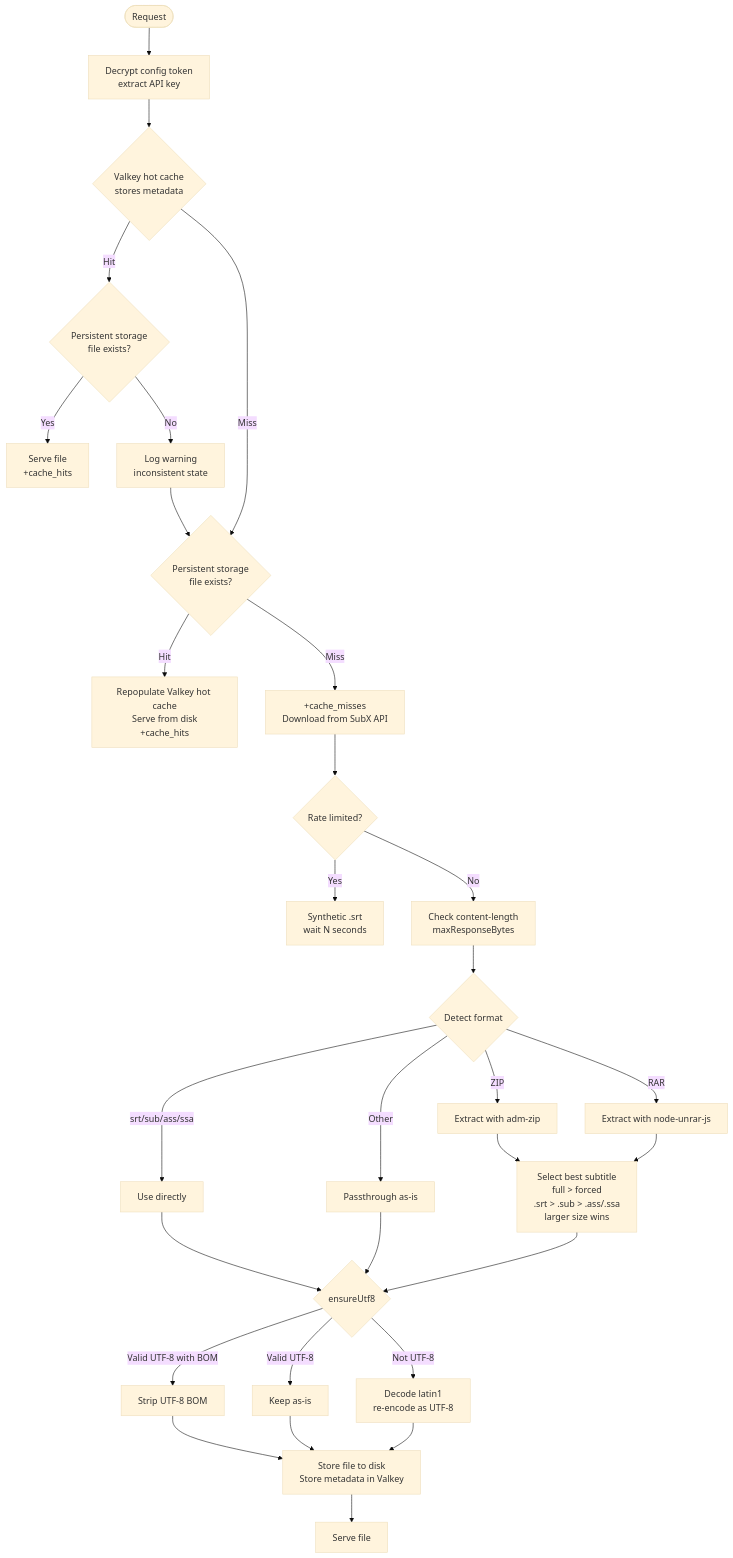
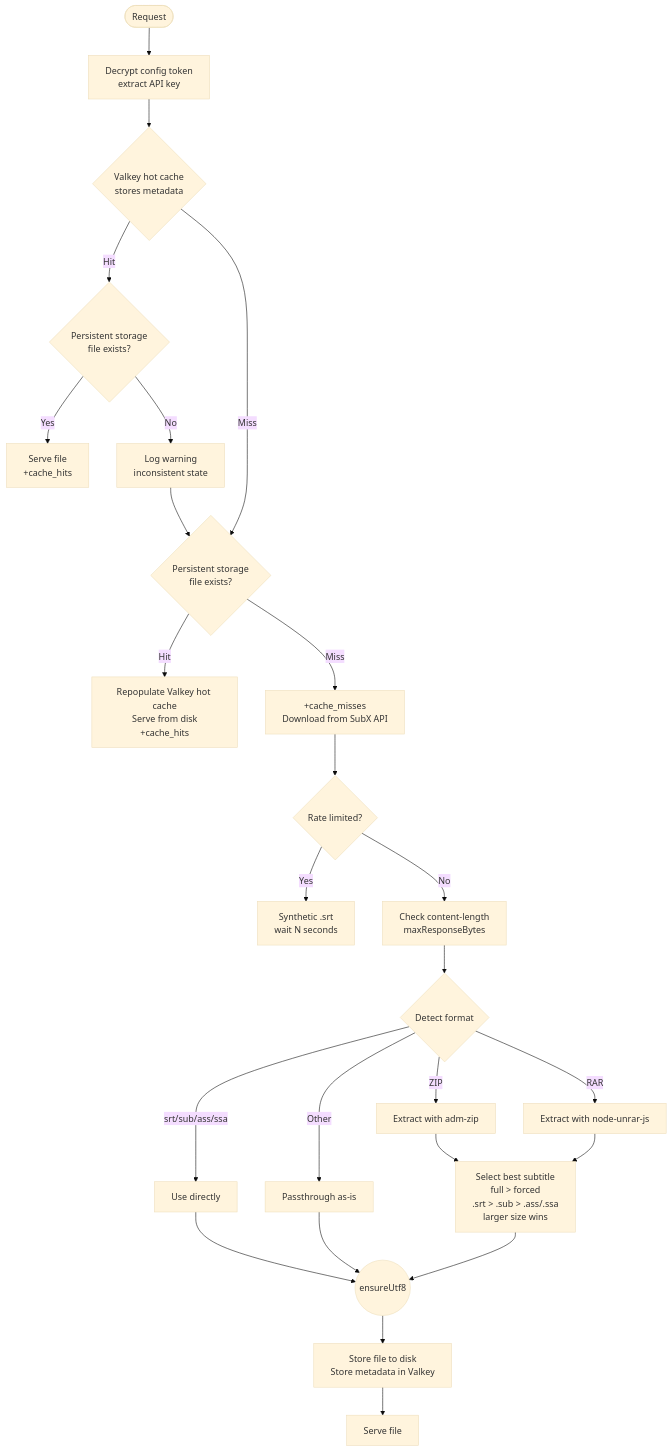
One commit to EZE404/submodx changed the third of 4 diagrams in README.md. Above: the diagram before and after it, drawn with Mermaid (base theme). The commit also changed other lines of this file, not shown here.

````diff
--- a/README.md
+++ b/README.md
@@ -130,44 +130,37 @@
 ```mermaid
 flowchart TB
   START([Request]) --> DECRYPT[Decrypt config token<br>extract API key]
 
   DECRYPT --> HOT{Valkey hot cache<br>stores metadata}
   HOT -- Hit --> DISK{Persistent storage<br>file exists?}
   DISK -- Yes --> SERVE_HOT[Serve file<br>+cache_hits]
   DISK -- No --> WARN[Log warning<br>inconsistent state]
 
   WARN --> DISK2
   HOT -- Miss --> DISK2{Persistent storage<br>file exists?}
 
   DISK2 -- Hit --> REPOP[Repopulate Valkey hot cache<br>Serve from disk<br>+cache_hits]
 
   DISK2 -- Miss --> DOWNLOAD[+cache_misses<br>Download from SubX API]
 
   DOWNLOAD --> RATE{Rate limited?}
   RATE -- Yes --> SYN[Synthetic .srt<br>wait N seconds]
 
   RATE -- No --> CHECK[Check content-length<br>maxResponseBytes]
 
   CHECK --> DETECT{Detect format}
   DETECT -- ZIP --> ZIP_EX[Extract with adm-zip]
   DETECT -- RAR --> RAR_EX[Extract with node-unrar-js]
   DETECT -- "srt/sub/ass/ssa" --> DIRECT[Use directly]
   DETECT -- Other --> PASSTHROUGH[Passthrough as-is]
 
   ZIP_EX --> SELECT[Select best subtitle<br>full > forced<br>.srt > .sub > .ass/.ssa<br>larger size wins]
   RAR_EX --> SELECT
-  DIRECT --> ENCODE
-  PASSTHROUGH --> ENCODE
+  DIRECT --> UTF8((ensureUtf8))
+  PASSTHROUGH --> UTF8
 
-  SELECT --> ENCODE{ensureUtf8}
+  SELECT --> UTF8
 
-  ENCODE -- "Valid UTF-8 with BOM" --> BOM[Strip UTF-8 BOM]
-  ENCODE -- "Valid UTF-8" --> KEEP[Keep as-is]
-  ENCODE -- "Not UTF-8" --> LATIN1[Decode latin1<br>re-encode as UTF-8]
-
-  BOM --> STORE_BOTH[Store file to disk<br>Store metadata in Valkey]
-  KEEP --> STORE_BOTH
-  LATIN1 --> STORE_BOTH
-
+  UTF8 --> STORE_BOTH[Store file to disk<br>Store metadata in Valkey]
   STORE_BOTH --> SERVE[Serve file]
 ```
````
